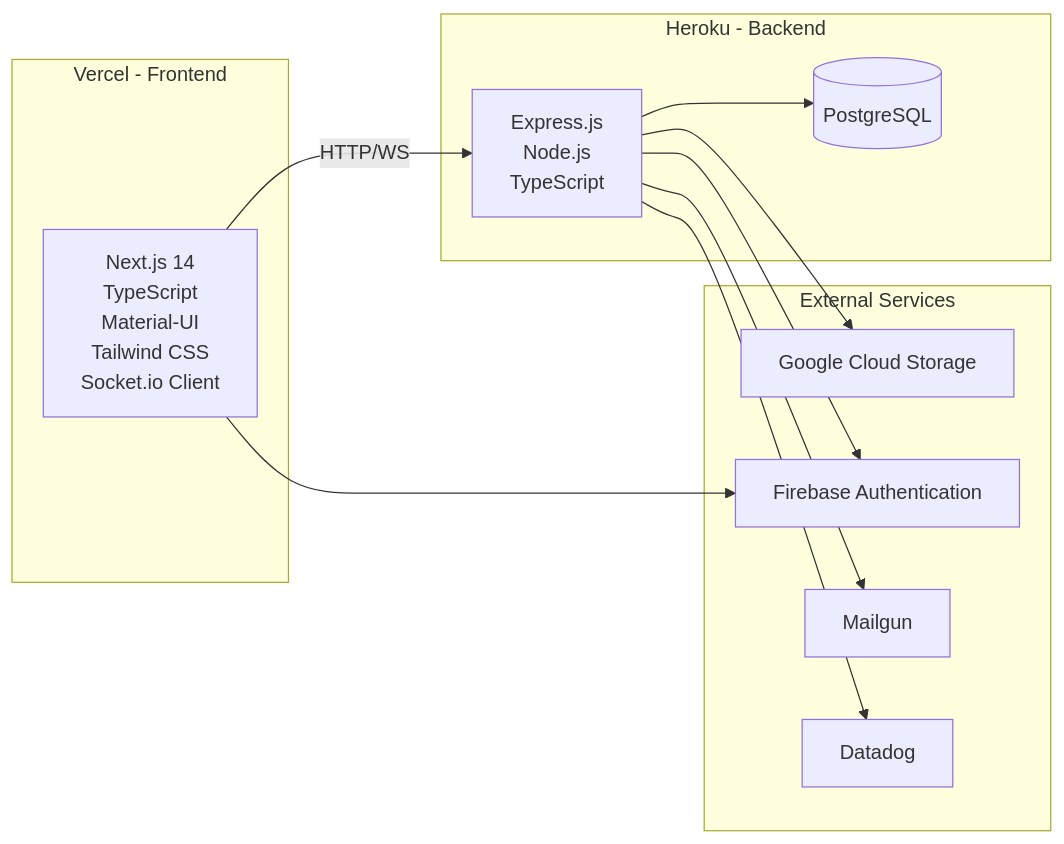
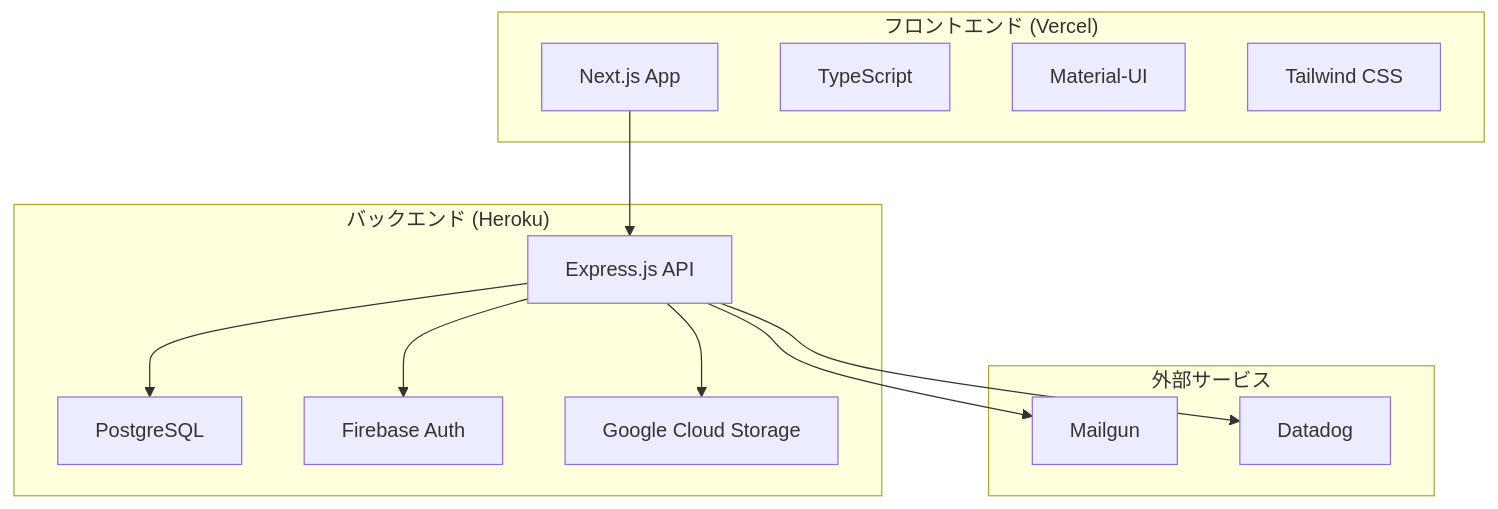
One commit to yukito-takeuchi/twitter-clone changed the first of 2 diagrams in README.md. Above: the diagram before and after it, drawn with Mermaid. The commit also changed other lines of this file, not shown here.

Commit message:
微修正２

````diff
--- a/README.md
+++ b/README.md
@@ -41,26 +43,28 @@
 ```mermaid
-flowchart LR
-  subgraph Frontend[Vercel - Frontend]
-    A[Next.js 14\nTypeScript\nMaterial-UI\nTailwind CSS\nSocket.io Client]
-  end
+graph TB
+    subgraph "フロントエンド (Vercel)"
+        A[Next.js App]
+        B[TypeScript]
+        C[Material-UI]
+        D[Tailwind CSS]
+    end
 
-  subgraph Backend[Heroku - Backend]
-    B[Express.js\nNode.js\nTypeScript]
-    DB[(PostgreSQL)]
-  end
+    subgraph "バックエンド (Heroku)"
+        E[Express.js API]
+        F[PostgreSQL]
+        G[Firebase Auth]
+        H[Google Cloud Storage]
+    end
 
-  subgraph Services[External Services]
-    GCS[Google Cloud Storage]
-    FB[Firebase Authentication]
-    MG[Mailgun]
-    DD[Datadog]
-  end
+    subgraph "外部サービス"
+        I[Mailgun]
+        J[Datadog]
+    end
 
-  A -->|HTTP/WS| B
-  B --> DB
-  A --> FB
-  B --> FB
-  B --> GCS
-  B --> MG
-  B --> DD
+    A --> E
+    E --> F
+    E --> G
+    E --> H
+    E --> I
+    E --> J
 ```
````
